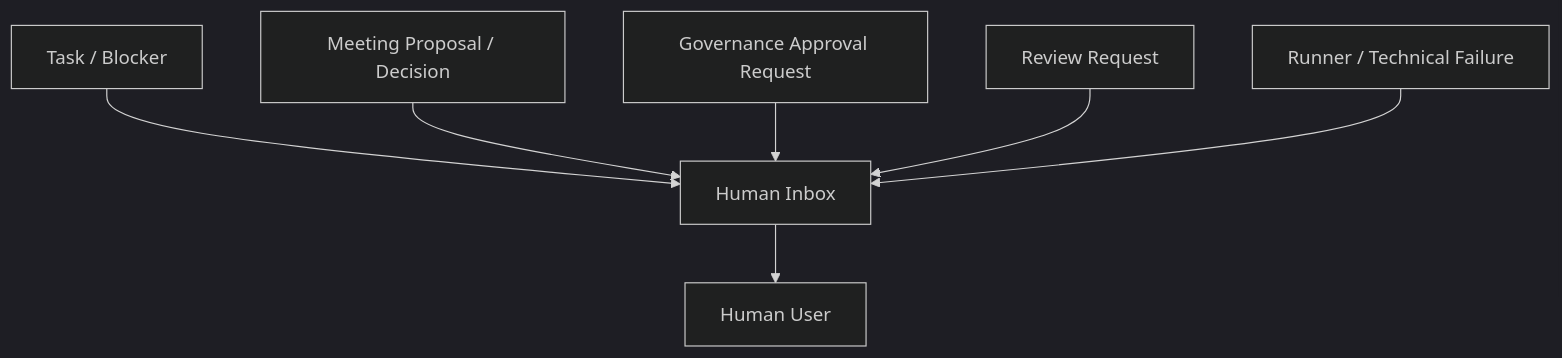
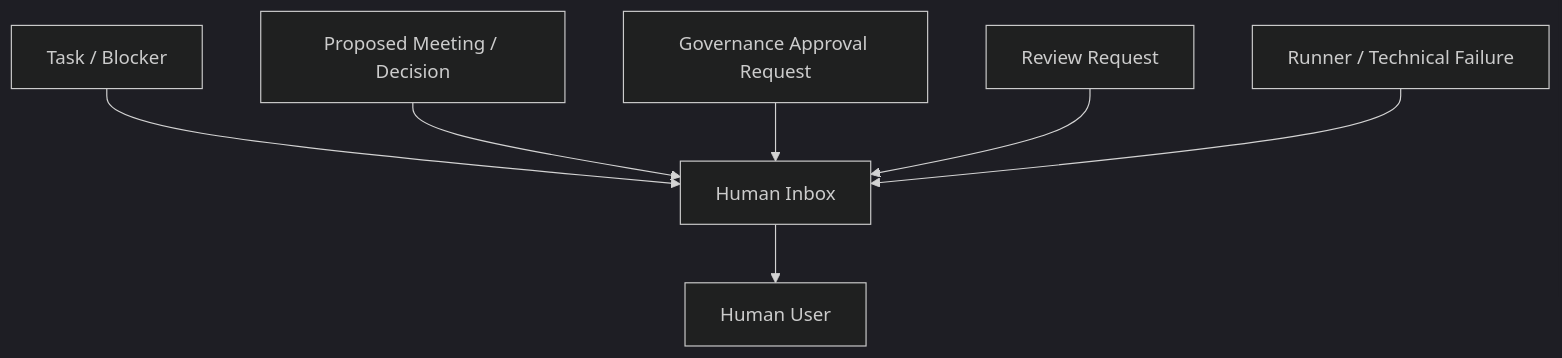
The second of 5 diagrams in docs/architecture/platform-infrastructure/README.md (LunaDeerTech/agenteam), drawn with Mermaid (dark theme) before and after one commit. The commit also changed other lines of this file and 18 other files, not shown here.

Commit message:
docs: refine meeting architecture and detailed design

````diff
--- a/docs/architecture/platform-infrastructure/README.md
+++ b/docs/architecture/platform-infrastructure/README.md
@@ -288,12 +297,12 @@
 ```mermaid
 flowchart TB
     Inbox["Human Inbox"]
 
     Task["Task / Blocker"] --> Inbox
-    Meeting["Meeting Proposal / Decision"] --> Inbox
+    Meeting["Proposed Meeting / Decision"] --> Inbox
     Approval["Governance Approval Request"] --> Inbox
     Review["Review Request"] --> Inbox
     Runner["Runner / Technical Failure"] --> Inbox
 
     Inbox --> User["Human User"]
 ```
````
